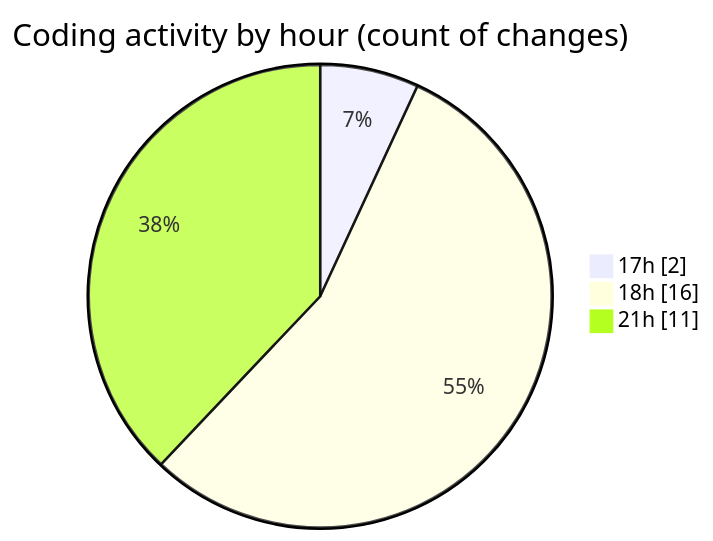
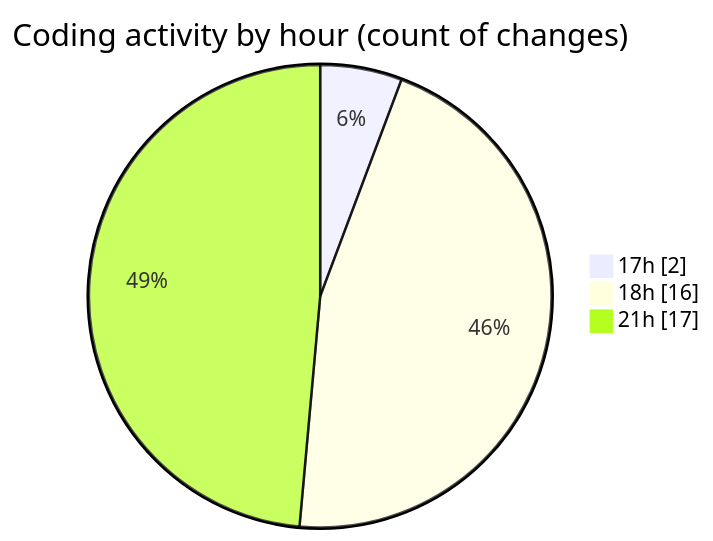
Before and after one commit to Netris89/code-tracking: the second of 2 diagrams in 2025-10-13/skintrack/README.md, drawn with Mermaid. The commit also changed other lines of this file and 1 other file, not shown here.

````diff
--- a/2025-10-13/skintrack/README.md
+++ b/2025-10-13/skintrack/README.md
@@ -35,7 +37,7 @@
 ```mermaid
 pie showData
 title Coding activity by hour (count of changes)
 "17h" : 2
 "18h" : 16
-"21h" : 11
+"21h" : 17
 ```
````
